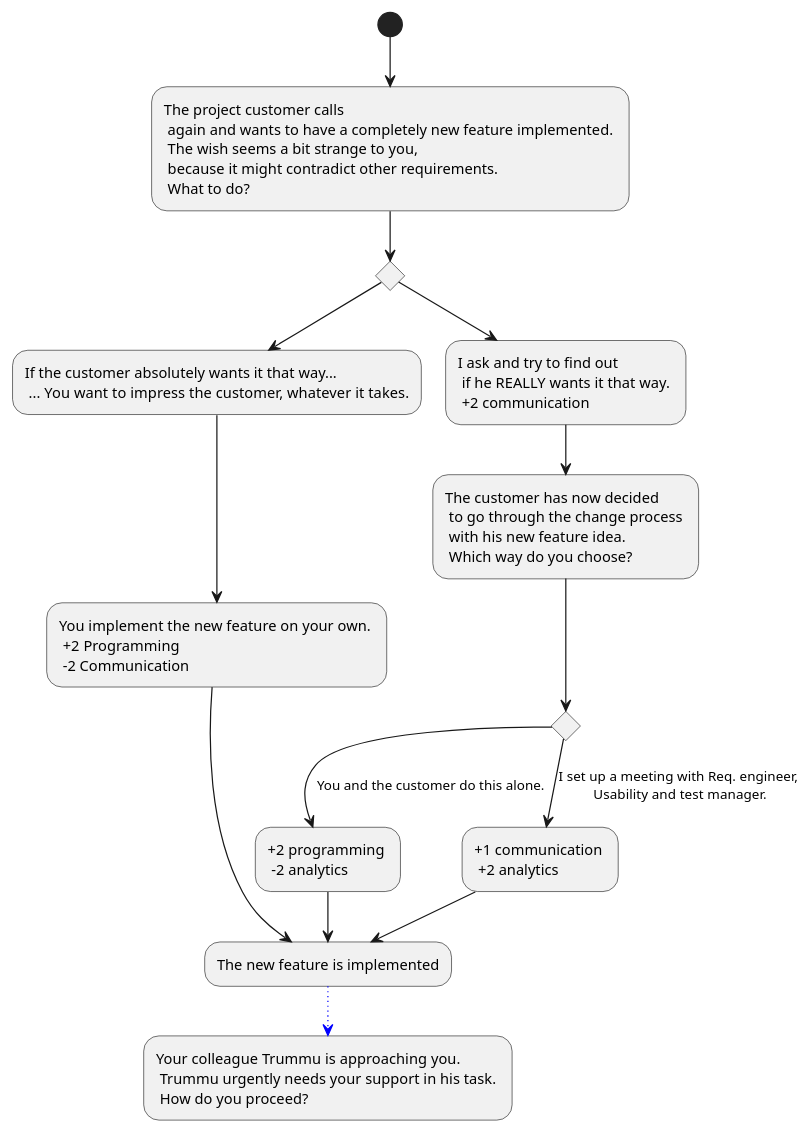
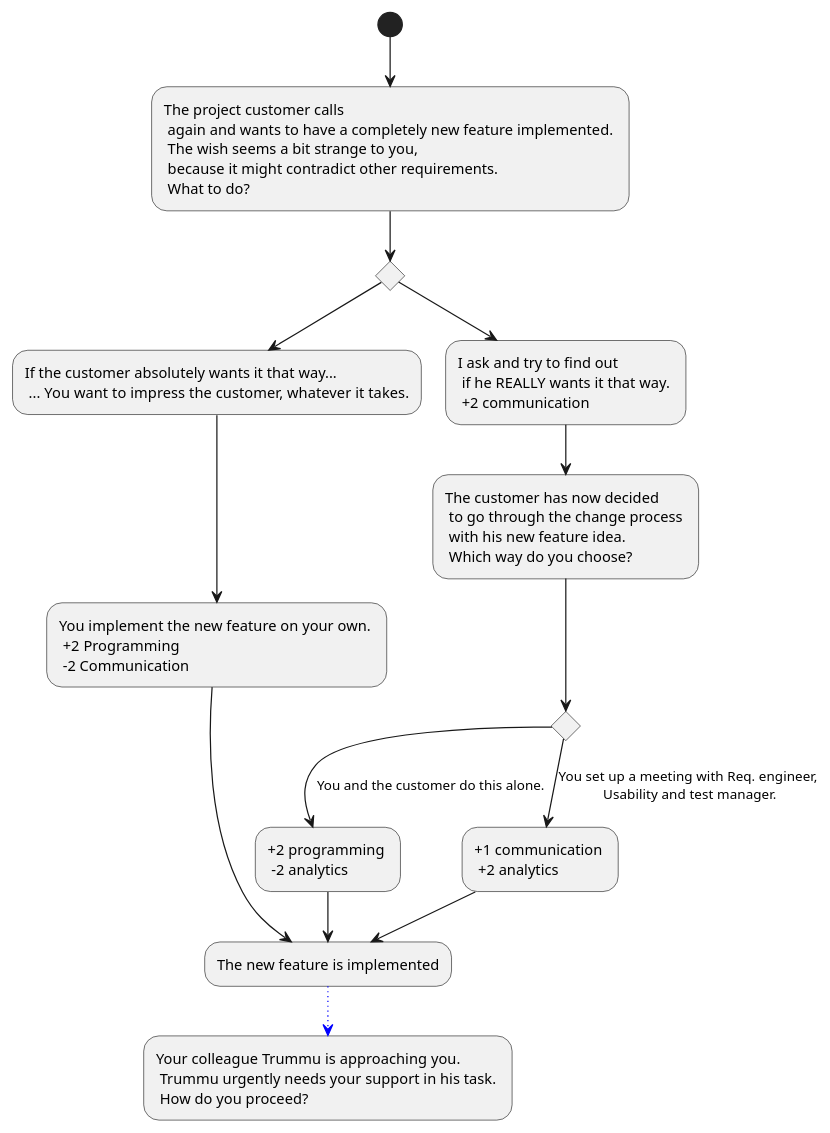
The diagram in Docs/Technical Specifications/docs/diagrams/StoryFlow/StoryFlow_Decision_12.puml (Brotenko/QualityQuest), drawn with PlantUML before and after one commit.

Commit message:
Update Docs/Technical Specifications/docs/diagrams/StoryFlow/StoryFlow_Decision_12.puml

```diff
--- a/Docs/Technical Specifications/docs/diagrams/StoryFlow/StoryFlow_Decision_12.puml
+++ b/Docs/Technical Specifications/docs/diagrams/StoryFlow/StoryFlow_Decision_12.puml
@@ -1,22 +1,22 @@
 @startuml
 (*) --> "The project customer calls \n again and wants to have a completely new feature implemented. \n The wish seems a bit strange to you, \n because it might contradict other requirements.\n What to do?" as f 
 'if "" then 
 '--> [Du arbeitest einfach drauf los.] "f"
 if " " then
 --> "If the customer absolutely wants it that way... \n ... You want to impress the customer, whatever it takes."
 --> "You implement the new feature on your own. \n +2 Programming \n -2 Communication" as c
 else
 --> "I ask and try to find out \n if he REALLY wants it that way. \n +2 communication"
 endif
 'Vorbedingung: Nur wenn zuvor gewählt wurde, mit dem Kunden nochmal darüber zu reden!
 --> "The customer has now decided \n to go through the change process \n with his new feature idea. \n Which way do you choose?"
 if " " then
 --> [You and the customer do this alone.] "+2 programming \n -2 analytics" as a
 else
---> [I set up a meeting with Req. engineer, \nUsability and test manager.] "+1 communication \n +2 analytics" as b
+--> [You set up a meeting with Req. engineer, \nUsability and test manager.] "+1 communication \n +2 analytics" as b
 --> "The new feature is implemented" as fertig
 endif
 a --> fertig
 c --> fertig
 -[#blue,dotted]-> "Your colleague Trummu is approaching you.\n Trummu urgently needs your support in his task. \n How do you proceed?"
 @enduml
```
